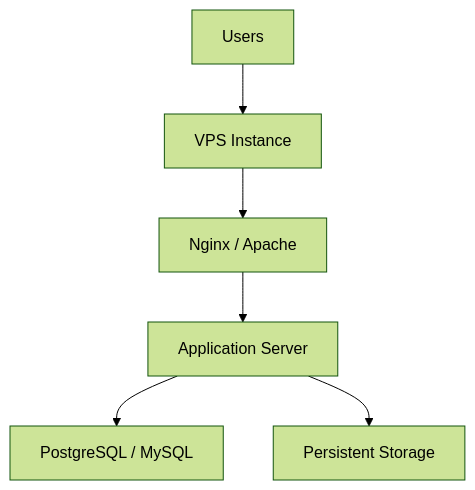
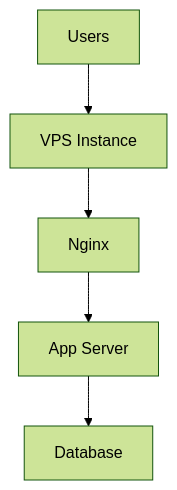
One commit to quesiblaq442-del/architecture-diagram changed diagram 21 of 25 in ARCHITECTURE.md. Above: the diagram before and after it, drawn with Mermaid (forest theme). The commit also changed other lines of this file, not shown here.

````diff
--- a/ARCHITECTURE.md
+++ b/ARCHITECTURE.md
@@ -484,8 +539,7 @@
 ```mermaid
 graph TB
     Users["Users"] --> VPS["VPS Instance"]
-    VPS --> Nginx["Nginx / Apache"]
-    Nginx --> App["Application Server"]
-    App --> DB["PostgreSQL / MySQL"]
-    App --> Storage["Persistent Storage"]
+    VPS --> Nginx["Nginx"]
+    Nginx --> App["App Server"]
+    App --> DB["Database"]
 ```
````
